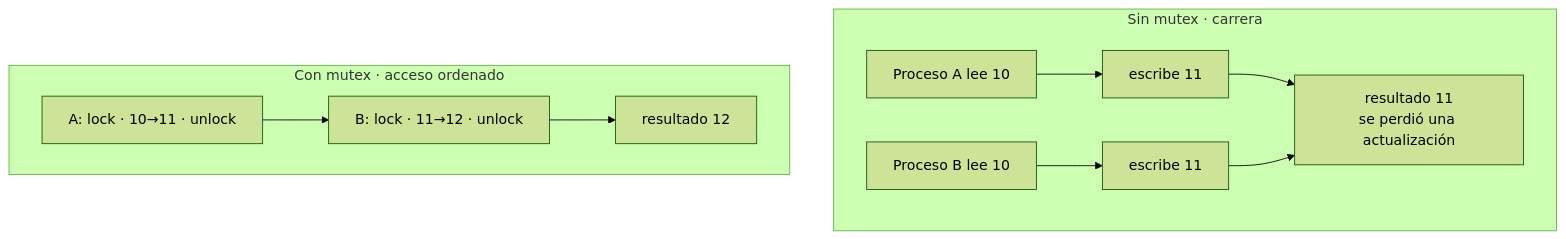
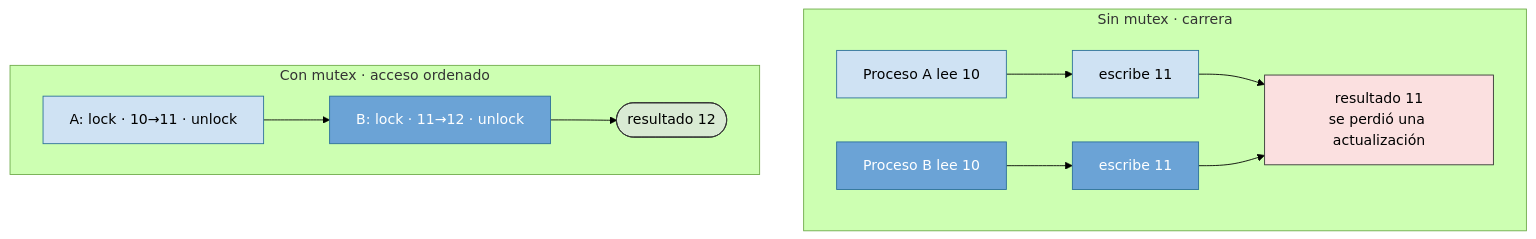
One commit to asiermarzo/ssoo changed the second of 2 diagrams in TEORIA/10-memoria-compartida-y-mutex/README.md. Above: the diagram before and after it, drawn with Mermaid (forest theme). The commit also changed other lines of this file and 25 other files, not shown here.

Commit message:
refinado de diagramas mermaid y svg

````diff
--- a/TEORIA/10-memoria-compartida-y-mutex/README.md
+++ b/TEORIA/10-memoria-compartida-y-mutex/README.md
@@ -50,12 +75,21 @@
 ```mermaid
 flowchart TB
     subgraph MAL["Sin mutex · carrera"]
         A1[Proceso A lee 10] --> A2[escribe 11]
         B1[Proceso B lee 10] --> B2[escribe 11]
         A2 --> R1["resultado 11<br/>se perdió una actualización"]
         B2 --> R1
     end
     subgraph BIEN["Con mutex · acceso ordenado"]
-        C1["A: lock · 10→11 · unlock"] --> C2["B: lock · 11→12 · unlock"] --> R2[resultado 12]
+        C1["A: lock · 10→11 · unlock"] --> C2["B: lock · 11→12 · unlock"] --> R2(["resultado 12"])
     end
+
+    classDef procA fill:#cfe2f3,stroke:#2b6f99,color:#000;
+    classDef procB fill:#6ba3d6,stroke:#2b6f99,color:#fff;
+    classDef error fill:#fbe0e0,stroke:#333,color:#000;
+    classDef ok fill:#d9ead3,stroke:#333,color:#000;
+    class A1,A2,C1 procA;
+    class B1,B2,C2 procB;
+    class R1 error;
+    class R2 ok;
 ```
````
